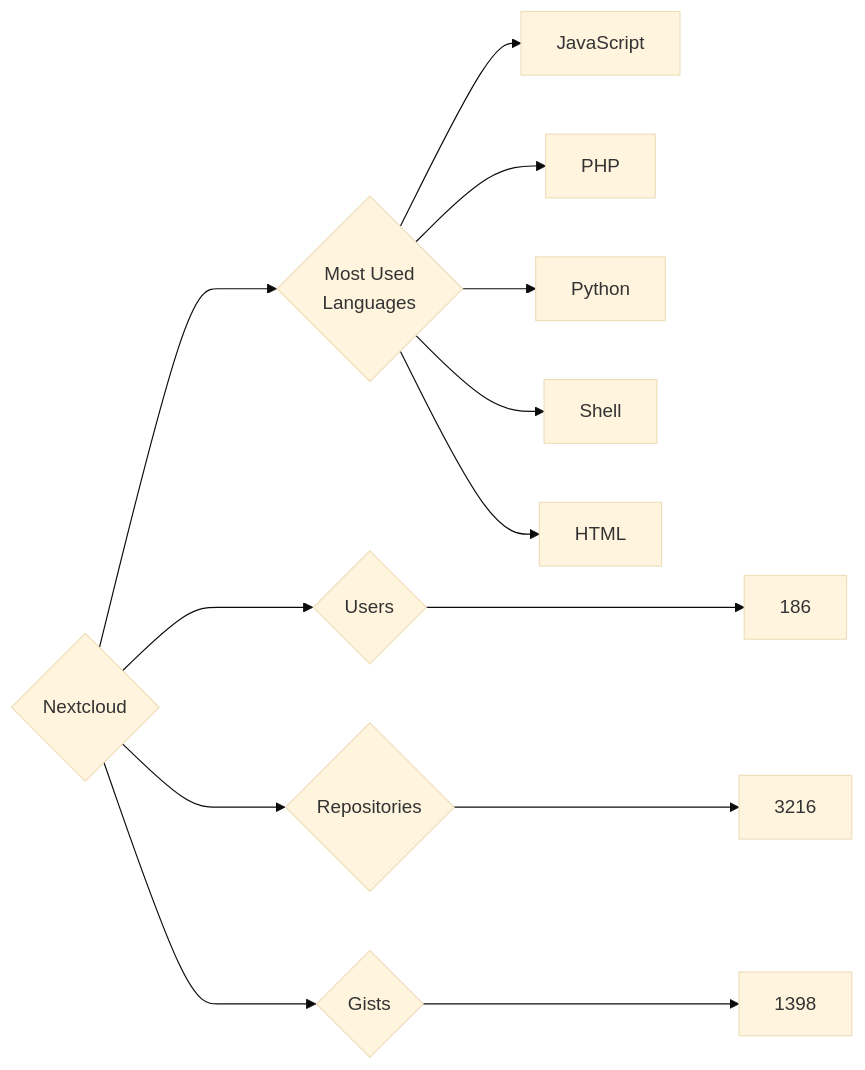
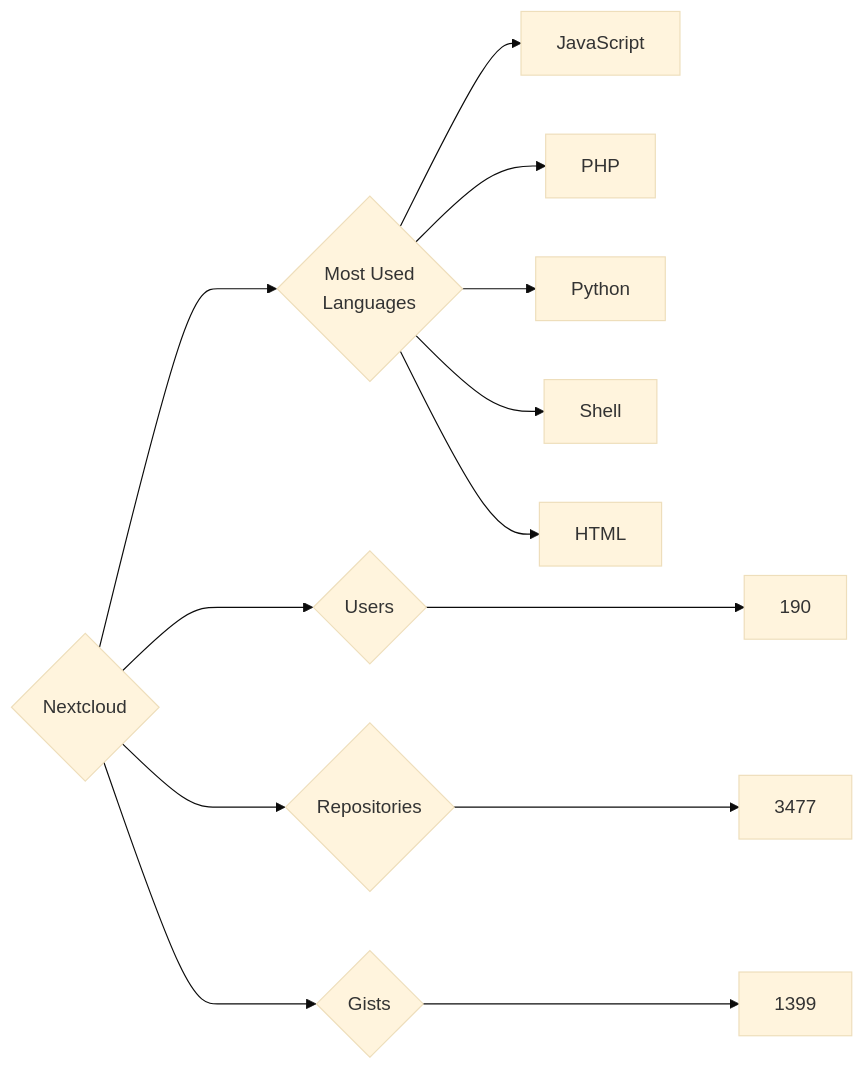
One commit to trickest/insiders changed the diagram in targets/Nextcloud/README.md. Above: the diagram before and after it, drawn with Mermaid (base theme). The commit also changed 829 other files, not shown here.

````diff
--- a/targets/Nextcloud/README.md
+++ b/targets/Nextcloud/README.md
@@ -3,13 +3,13 @@
 ```mermaid
 graph LR
 COMPANY_NAME{Nextcloud}
-COMPANY_NAME ---> U{Users} ---> UN[186]
-COMPANY_NAME ---> R{Repositories} ---> RN[3216]
-COMPANY_NAME ---> G{Gists} ---> GN[1398]
+COMPANY_NAME ---> U{Users} ---> UN[190]
+COMPANY_NAME ---> R{Repositories} ---> RN[3477]
+COMPANY_NAME ---> G{Gists} ---> GN[1399]
 COMPANY_NAME ---> ML{Most Used<br>Languages}
 ML --> JavaScript[JavaScript]
 ML --> PHP[PHP]
 ML --> Python[Python]
 ML --> Shell[Shell]
 ML --> HTML[HTML]
 ```
````
